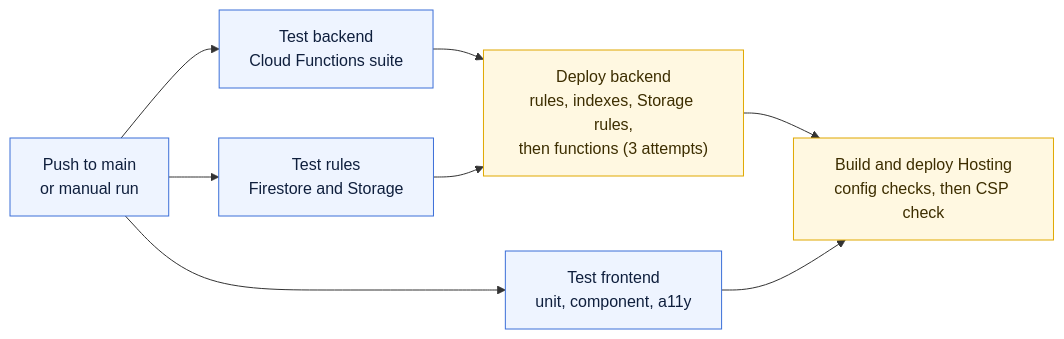
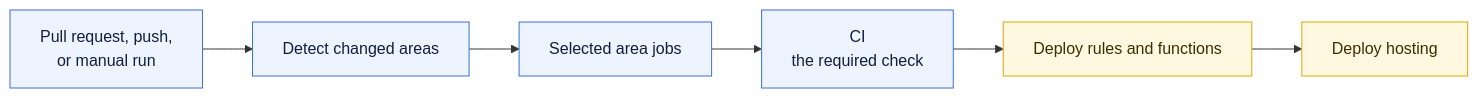
One commit to 0xMeePok/smu-qc-dao-project changed the diagram in gitbook/operations/deployment.md. Above: the diagram before and after it, drawn with Mermaid. The commit also changed other lines of this file and 21 other files, not shown here.

First line of the commit message:
ci: fold checks and deploy into one workflow

````diff
--- a/gitbook/operations/deployment.md
+++ b/gitbook/operations/deployment.md
@@ -7,14 +7,12 @@
 ```mermaid
 flowchart LR
-  push["Push to main<br/>or manual run"] --> tb["Test backend<br/>Cloud Functions suite"]
-  push --> tr["Test rules<br/>Firestore and Storage"]
-  push --> tf["Test frontend<br/>unit, component, a11y"]
-  tb --> db["Deploy backend<br/>rules, indexes, Storage rules,<br/>then functions (3 attempts)"]
-  tr --> db
-  db --> dh["Build and deploy Hosting<br/>config checks, then CSP check"]
-  tf --> dh
+  push["Pull request, push,<br/>or manual run"] --> detect["Detect changed areas"]
+  detect --> selected["Selected area jobs"]
+  selected --> gate["CI<br/>the required check"]
+  gate --> db["Deploy rules and functions"]
+  db --> dh["Deploy hosting"]
   classDef step fill:#eef4ff,stroke:#3b6fd8,color:#0f1f3d
   classDef deploy fill:#fff8e1,stroke:#e0a800,color:#3d2e00
-  class push,tb,tr,tf step
+  class push,detect,selected,gate step
   class db,dh deploy
 ```
````
